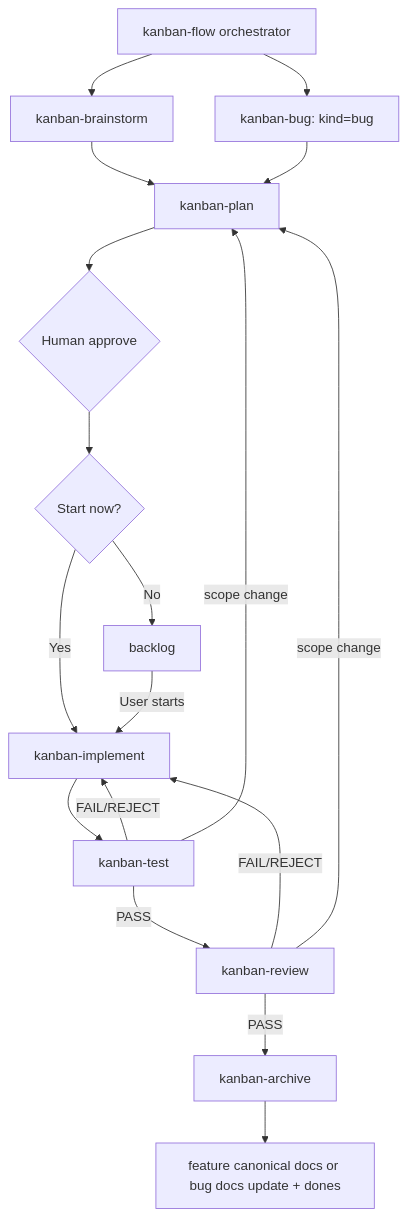
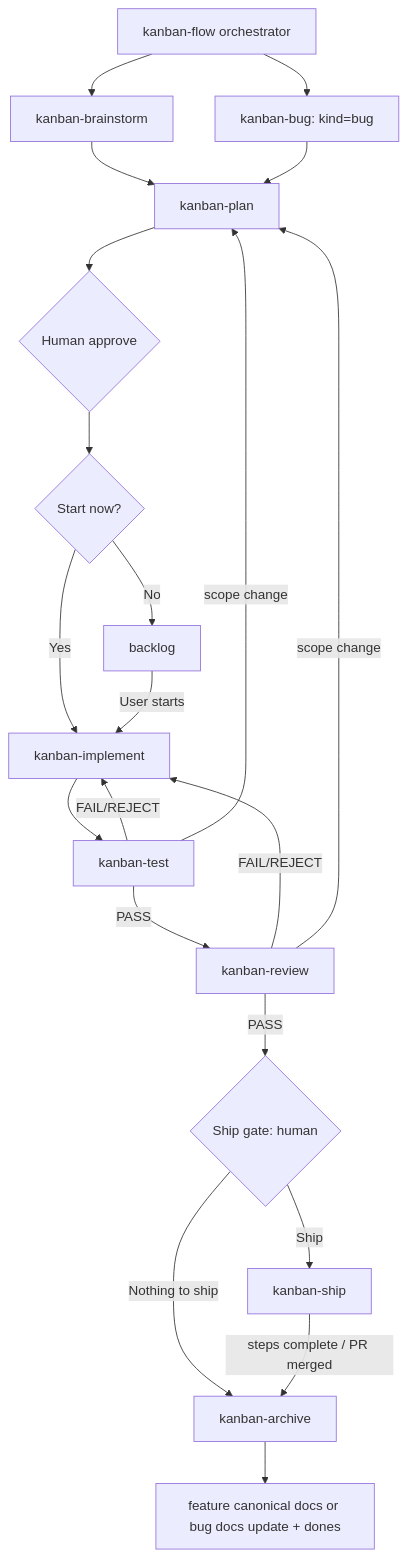
One commit to phuthuycoding/kanban-flow changed the diagram in docs/workflow/skills.md. Above: the diagram before and after it, drawn with Mermaid. The commit also changed other lines of this file and 46 other files, not shown here.

First line of the commit message:
feat: shipping stage + kf ship + git-flow commands; worktrees opt-in (#67)

````diff
--- a/docs/workflow/skills.md
+++ b/docs/workflow/skills.md
@@ -7,20 +7,23 @@
 ```mermaid
 flowchart TD
     O[kanban-flow orchestrator] --> B[kanban-brainstorm]
     O --> BUG[kanban-bug: kind=bug]
     B --> P[kanban-plan]
     BUG --> P
     P --> H{Human approve}
     H --> D{Start now?}
     D -->|Yes| I[kanban-implement]
     D -->|No| BL[backlog]
     BL -->|User starts| I
     I --> T[kanban-test]
     T -->|PASS| R[kanban-review]
     T -->|FAIL/REJECT| I
     T -->|scope change| P
-    R -->|PASS| A[kanban-archive]
+    R -->|PASS| SG{Ship gate: human}
+    SG -->|Ship| SH[kanban-ship]
+    SG -->|Nothing to ship| A[kanban-archive]
+    SH -->|steps complete / PR merged| A
     R -->|FAIL/REJECT| I
     R -->|scope change| P
     A --> DONE[feature canonical docs or bug docs update + dones]
 ```
````
